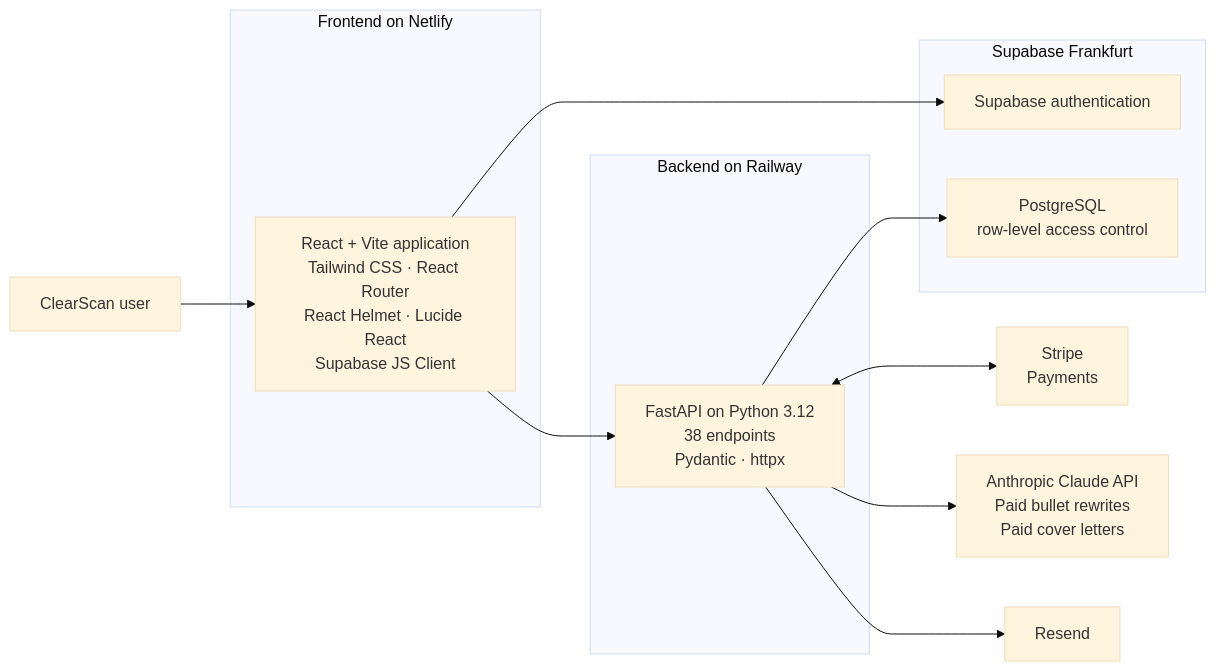
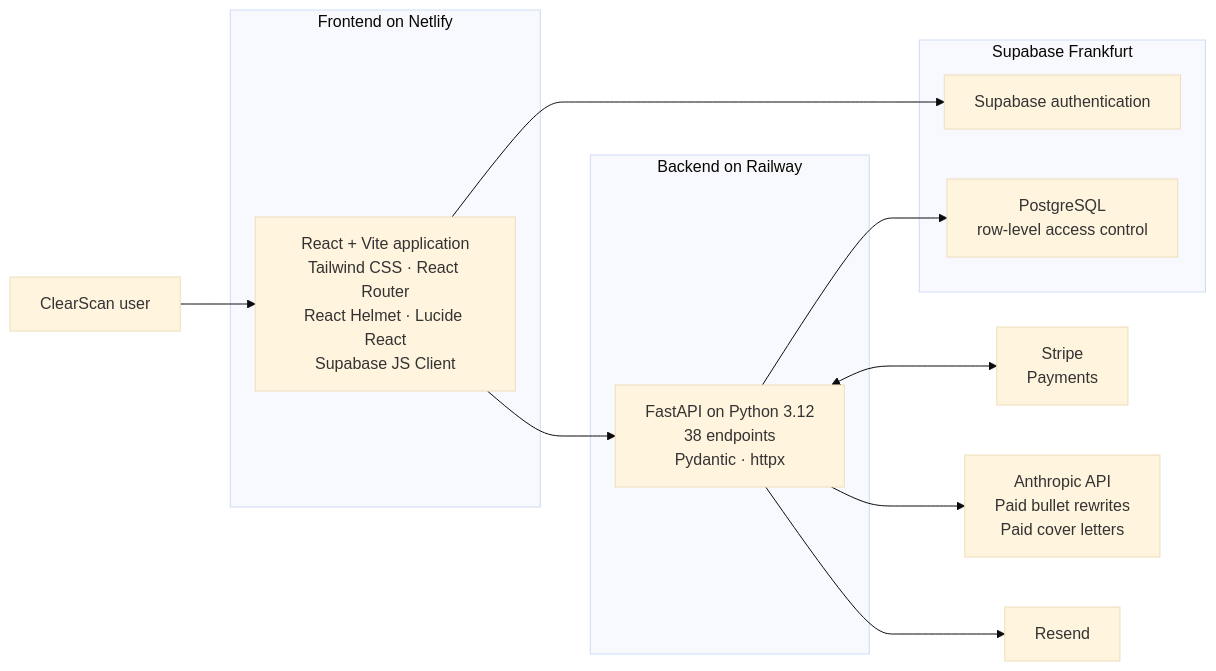
Before and after one commit to swagatskalita092/clearscan-engineering: the diagram in docs/architecture.md, drawn with Mermaid (base theme). The commit also changed other lines of this file and 5 other files, not shown here.

Commit message:
Docs: refer to Anthropic instead of Claude

````diff
--- a/docs/architecture.md
+++ b/docs/architecture.md
@@ -5,29 +5,29 @@
 ```mermaid
 flowchart LR
     User[ClearScan user]
 
     subgraph Frontend["Frontend on Netlify"]
         Web["React + Vite application<br/>Tailwind CSS · React Router<br/>React Helmet · Lucide React<br/>Supabase JS Client"]
     end
 
     subgraph Backend["Backend on Railway"]
         API["FastAPI on Python 3.12<br/>38 endpoints<br/>Pydantic · httpx"]
     end
 
     subgraph Data["Supabase Frankfurt"]
         Auth["Supabase authentication"]
         DB["PostgreSQL<br/>row-level access control"]
     end
 
     Stripe["Stripe<br/>Payments"]
-    Claude["Anthropic Claude API<br/>Paid bullet rewrites<br/>Paid cover letters"]
+    Anthropic["Anthropic API<br/>Paid bullet rewrites<br/>Paid cover letters"]
     Resend["Resend"]
 
     User --> Web
     Web --> API
     Web --> Auth
     API --> DB
     API <--> Stripe
-    API --> Claude
+    API --> Anthropic
     API --> Resend
 ```
````
